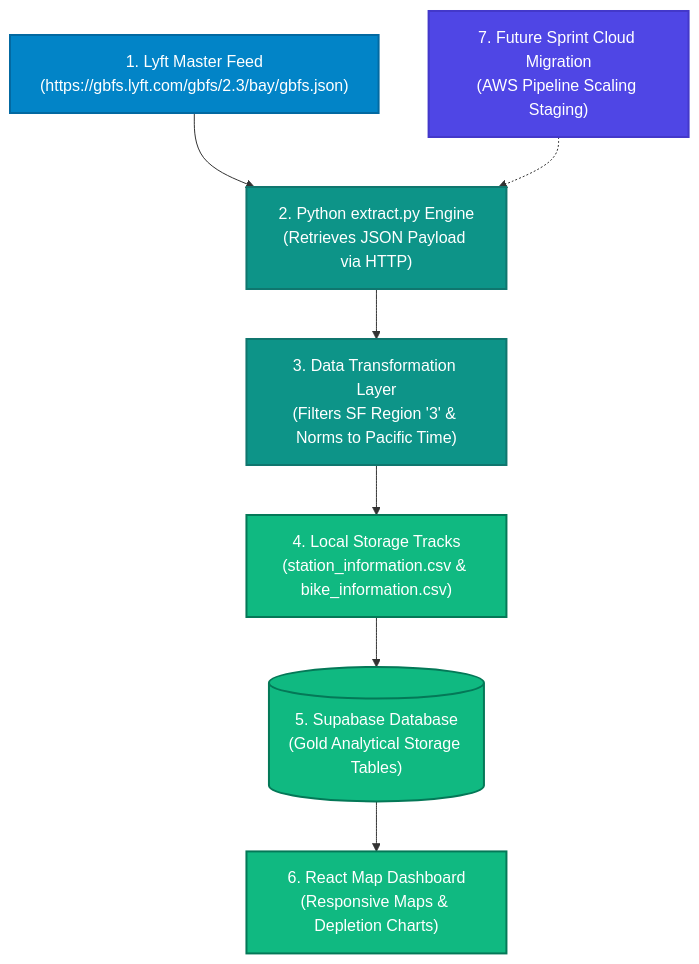
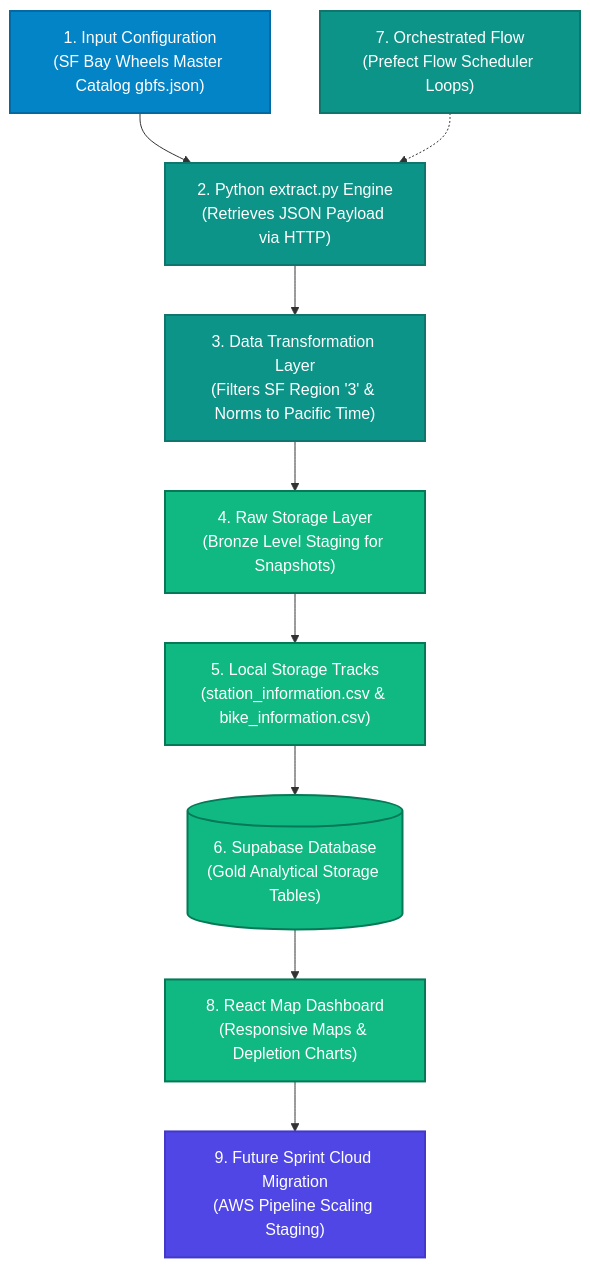
Before and after one commit to Code-the-Dream-School/fall-practicum-py-team2: the diagram in docs/architecture_diagram.md, drawn with Mermaid. The commit also changed other lines of this file, not shown here.

Commit message:
docs: KAN-11 add raw storage, orchestrated flow, and input configuration

````diff
--- a/docs/architecture_diagram.md
+++ b/docs/architecture_diagram.md
@@ -9,33 +9,37 @@
 ```mermaid
 graph TD
     %% Styling Configuration
     classDef blue fill:#0284c7,stroke:#0369a1,stroke-width:2px,color:#fff;
     classDef teal fill:#0d9488,stroke:#0f766e,stroke-width:2px,color:#fff;
     classDef green fill:#10b981,stroke:#047857,stroke-width:2px,color:#fff;
     classDef indigo fill:#4f46e5,stroke:#4338ca,stroke-width:2px,color:#fff;
 
-    %% Data Pipeline Steps (Matched exactly to Data Contract)
-    API["1. Lyft Master Feed<br>(https://gbfs.lyft.com/gbfs/2.3/bay/gbfs.json)"]:::blue
-
+    %% Data Pipeline Steps (Matched exactly to Jira Requirements)
+    API["1. Input Configuration<br>(SF Bay Wheels Master Catalog gbfs.json)"]:::blue
+    
     EXTRACT["2. Python extract.py Engine<br>(Retrieves JSON Payload via HTTP)"]:::teal
     
-    CSV["3. Data Transformation Layer<br>(Filters SF Region '3' & Norms to Pacific Time)"]:::teal
+    TRANSFORM["3. Data Transformation Layer<br>(Filters SF Region '3' & Norms to Pacific Time)"]:::teal
     
-    LOAD["4. Local Storage Tracks<br>(station_information.csv & bike_information.csv)"]:::green
+    RAW["4. Raw Storage Layer<br>(Bronze Level Staging for Snapshots)"]:::green
 
+    LOAD["5. Local Storage Tracks<br>(station_information.csv & bike_information.csv)"]:::green
     
-    DB[("5. Supabase Database<br>(Gold Analytical Storage Tables)")]:::green
+    DB[("6. Supabase Database<br>(Gold Analytical Storage Tables)")]:::green
     
-    DASH["6. React Map Dashboard<br>(Responsive Maps & Depletion Charts)"]:::green
+    ORCH["7. Orchestrated Flow<br>(Prefect Flow Scheduler Loops)"]:::teal
 
-    AWS["7. Future Sprint Cloud Migration<br>(AWS Pipeline Scaling Staging)"]:::indigo
+    DASH["8. React Map Dashboard<br>(Responsive Maps & Depletion Charts)"]:::green
 
+    AWS["9. Future Sprint Cloud Migration<br>(AWS Pipeline Scaling Staging)"]:::indigo
 
     %% Flow Connections
     API --> EXTRACT
-    EXTRACT --> CSV
-    CSV --> LOAD
+    EXTRACT --> TRANSFORM
+    TRANSFORM --> RAW
+    RAW --> LOAD
     LOAD --> DB
     DB --> DASH
-    AWS -.-> EXTRACT
+    DASH --> AWS
+    ORCH -.-> EXTRACT
 ```
````
